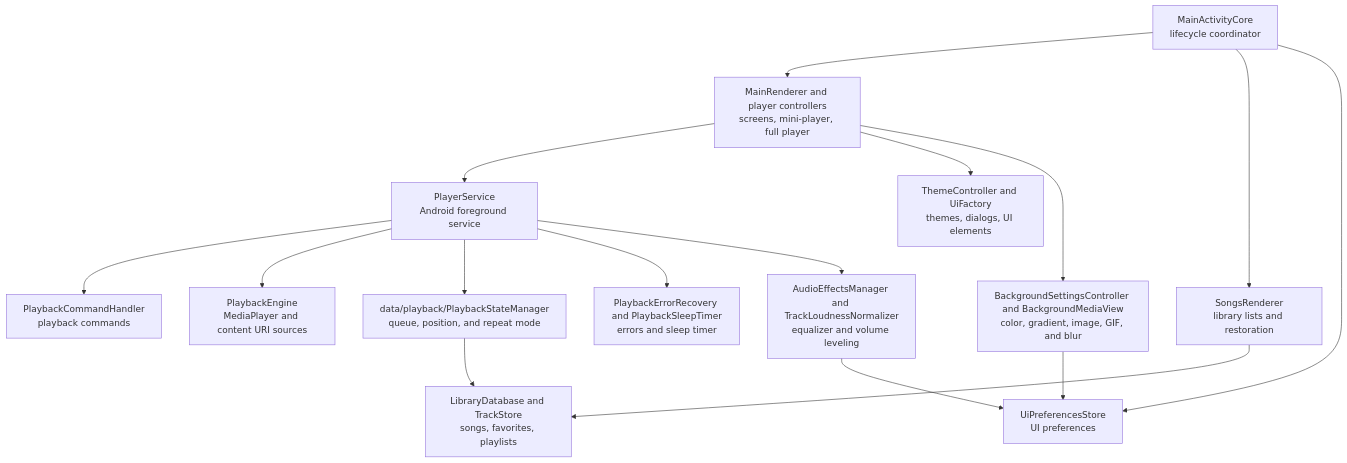
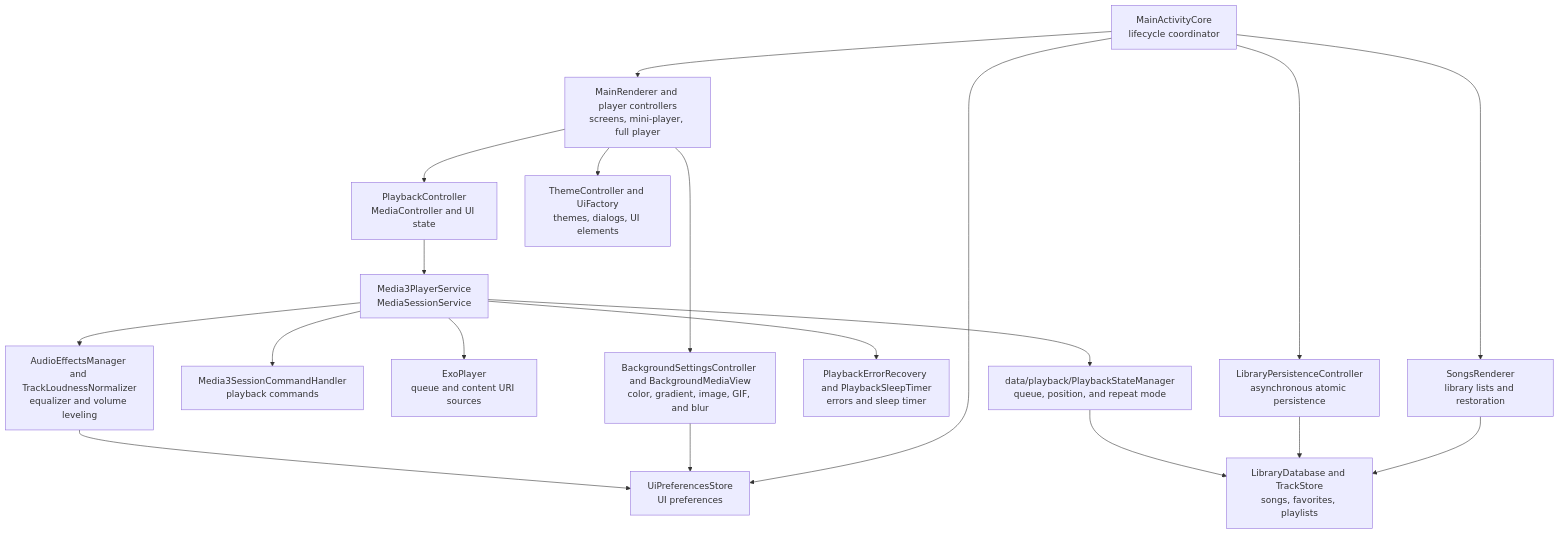
Before and after one commit to dumuzeyn/MP3-player-APK: the second of 2 diagrams in README.md, drawn with Mermaid. The commit also changed other lines of this file and 24 other files, not shown here.

````diff
--- a/README.md
+++ b/README.md
@@ -170,32 +177,37 @@
 ```mermaid
 flowchart TD
     ACT["MainActivityCore<br/>lifecycle coordinator"]
     UI["MainRenderer and player controllers<br/>screens, mini-player, full player"]
     SONGS["SongsRenderer<br/>library lists and restoration"]
-    SERVICE["PlayerService<br/>Android foreground service"]
-    COMMANDS["PlaybackCommandHandler<br/>playback commands"]
-    ENGINE["PlaybackEngine<br/>MediaPlayer and content URI sources"]
+    CLIENT["PlaybackController<br/>MediaController and UI state"]
+    SERVICE["Media3PlayerService<br/>MediaSessionService"]
+    COMMANDS["Media3SessionCommandHandler<br/>playback commands"]
+    ENGINE["ExoPlayer<br/>queue and content URI sources"]
     STATE["data/playback/PlaybackStateManager<br/>queue, position, and repeat mode"]
     RECOVERY["PlaybackErrorRecovery and PlaybackSleepTimer<br/>errors and sleep timer"]
     DATA["LibraryDatabase and TrackStore<br/>songs, favorites, playlists"]
+    PERSIST["LibraryPersistenceController<br/>asynchronous atomic persistence"]
     STYLE["ThemeController and UiFactory<br/>themes, dialogs, UI elements"]
     BACKGROUND["BackgroundSettingsController and BackgroundMediaView<br/>color, gradient, image, GIF, and blur"]
     AUDIO["AudioEffectsManager and TrackLoudnessNormalizer<br/>equalizer and volume leveling"]
     PREFS["UiPreferencesStore<br/>UI preferences"]
 
     ACT --> UI
     ACT --> SONGS
     ACT --> PREFS
     SONGS --> DATA
-    UI --> SERVICE
+    ACT --> PERSIST
+    PERSIST --> DATA
+    UI --> CLIENT
+    CLIENT --> SERVICE
     SERVICE --> COMMANDS
     SERVICE --> ENGINE
     SERVICE --> STATE
     SERVICE --> RECOVERY
     SERVICE --> AUDIO
     STATE --> DATA
     UI --> STYLE
     UI --> BACKGROUND
     BACKGROUND --> PREFS
     AUDIO --> PREFS
 ```
````
